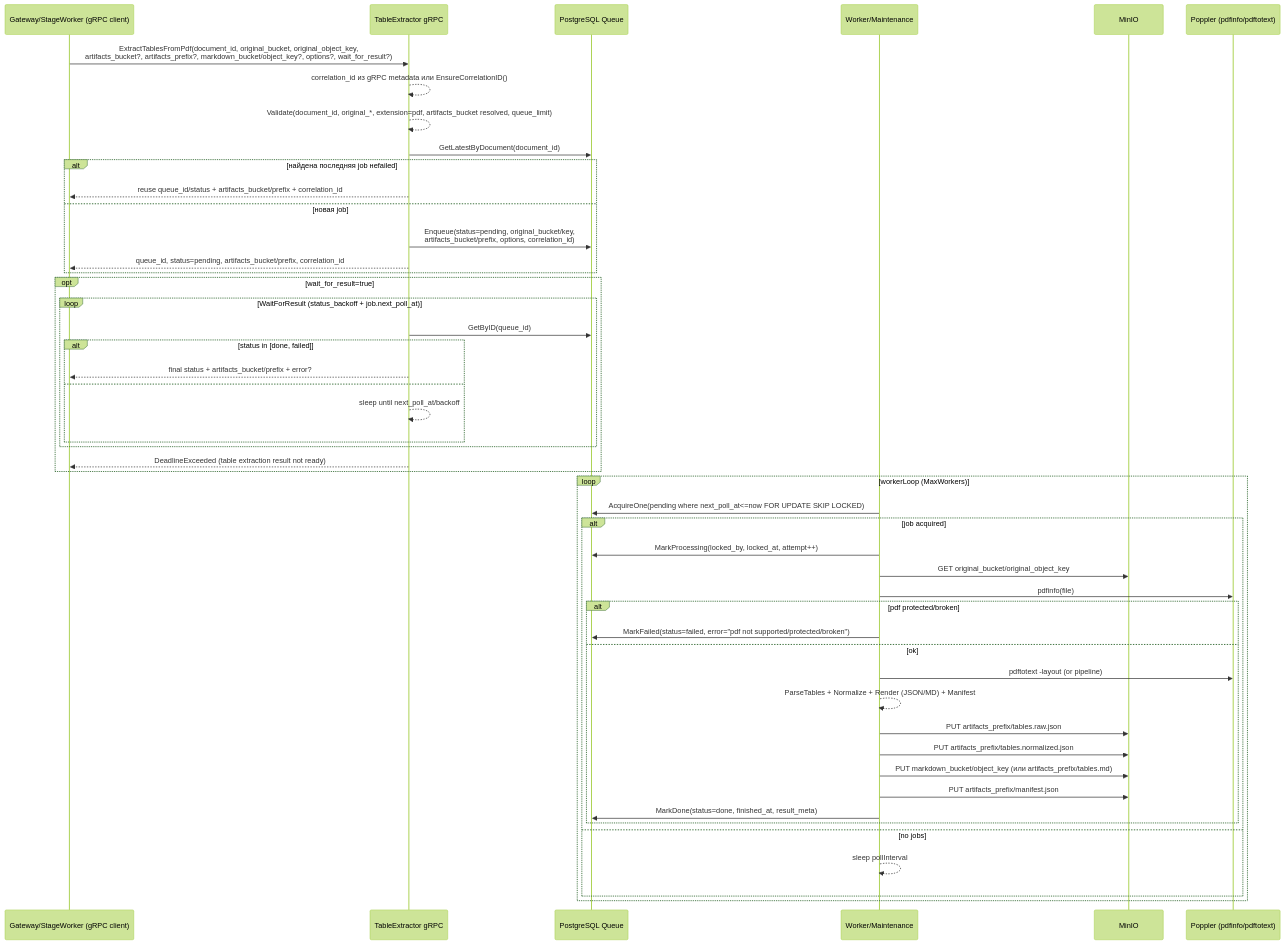
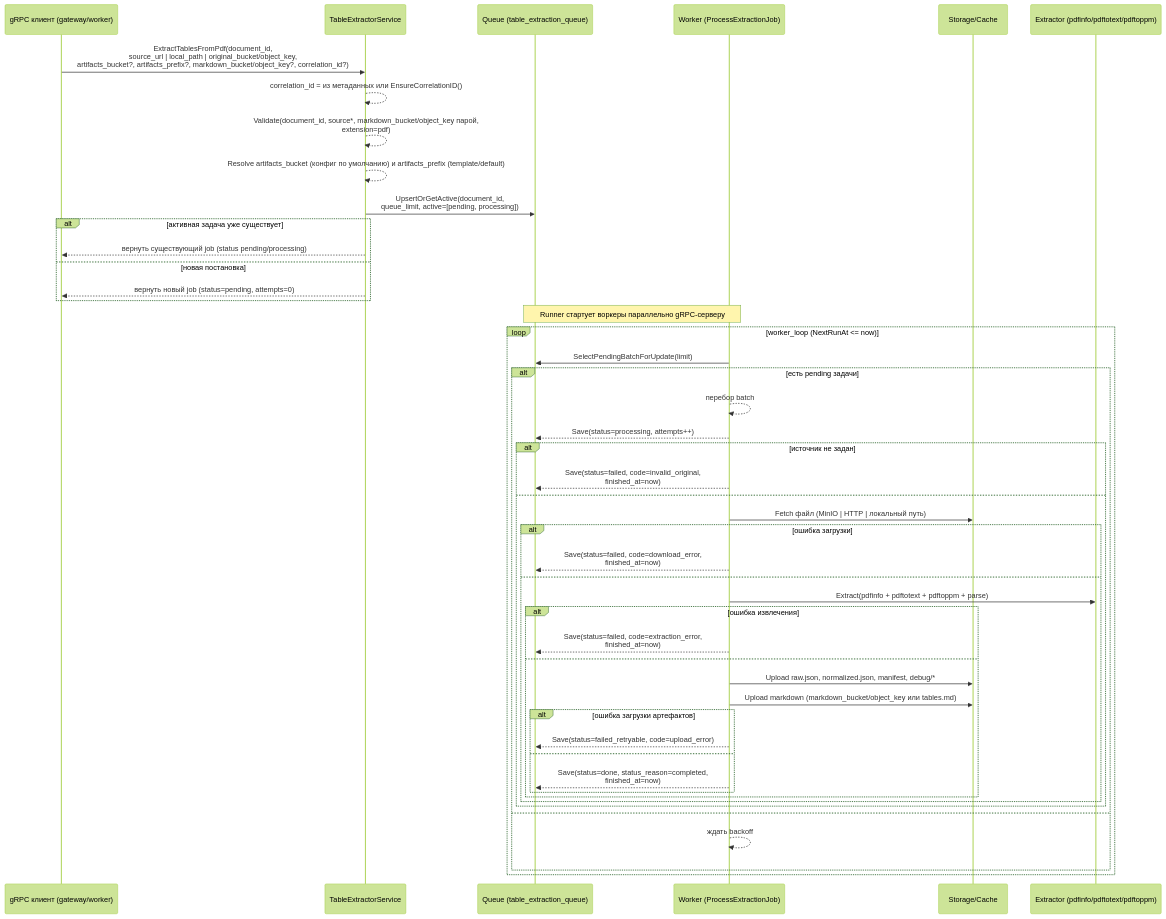
One commit to FedorovTeam/mono-repo changed the first of 4 diagrams in backend/table-extractor-service/sequence.md. Above: the diagram before and after it, drawn with Mermaid (forest theme). The commit also changed other lines of this file, not shown here.

Commit message:
Update table extractor sequence diagram

````diff
--- a/backend/table-extractor-service/sequence.md
+++ b/backend/table-extractor-service/sequence.md
@@ -9,54 +9,52 @@
 ```mermaid
 sequenceDiagram
-    participant CL as Gateway/StageWorker (gRPC client)
-    participant TE as TableExtractor gRPC
-    participant PG as PostgreSQL Queue
-    participant WK as Worker/Maintenance
-    participant MN as MinIO
-    participant PP as Poppler (pdfinfo/pdftotext)
+    participant CL as gRPC клиент (gateway/worker)
+    participant TE as TableExtractorService
+    participant PG as Queue (table_extraction_queue)
+    participant WK as Worker (ProcessExtractionJob)
+    participant ST as Storage/Cache
+    participant EX as Extractor (pdfinfo/pdftotext/pdftoppm)
 
-    CL->>TE: ExtractTablesFromPdf(document_id, original_bucket, original_object_key,<br/>artifacts_bucket?, artifacts_prefix?, markdown_bucket/object_key?, options?, wait_for_result?)
-    TE-->>TE: correlation_id из gRPC metadata или EnsureCorrelationID()
-    TE-->>TE: Validate(document_id, original_*, extension=pdf, artifacts_bucket resolved, queue_limit)
-    TE->>PG: GetLatestByDocument(document_id)
-    alt найдена последняя job неfailed
-        TE-->>CL: reuse queue_id/status + artifacts_bucket/prefix + correlation_id
-    else новая job
-        TE->>PG: Enqueue(status=pending, original_bucket/key,<br/>artifacts_bucket/prefix, options, correlation_id)
-        TE-->>CL: queue_id, status=pending, artifacts_bucket/prefix, correlation_id
+    CL->>TE: ExtractTablesFromPdf(document_id,<br/>source_url | local_path | original_bucket/object_key,<br/>artifacts_bucket?, artifacts_prefix?, markdown_bucket/object_key?, correlation_id?)
+    TE-->>TE: correlation_id = из метаданных или EnsureCorrelationID()
+    TE-->>TE: Validate(document_id, source*, markdown_bucket/object_key парой,<br/>extension=pdf)
+    TE-->>TE: Resolve artifacts_bucket (конфиг по умолчанию) и artifacts_prefix (template/default)
+    TE->>PG: UpsertOrGetActive(document_id,<br/>queue_limit, active=[pending, processing])
+    alt активная задача уже существует
+        TE-->>CL: вернуть существующий job (status pending/processing)
+    else новая постановка
+        TE-->>CL: вернуть новый job (status=pending, attempts=0)
     end
 
-    opt wait_for_result=true
-        loop WaitForResult (status_backoff + job.next_poll_at)
-            TE->>PG: GetByID(queue_id)
-            alt status in [done, failed]
-                TE-->>CL: final status + artifacts_bucket/prefix + error?
+    Note over WK,PG: Runner стартует воркеры параллельно gRPC-серверу
+    loop worker_loop (NextRunAt <= now)
+        WK->>PG: SelectPendingBatchForUpdate(limit)
+        alt есть pending задачи
+            WK-->>WK: перебор batch
+            WK-->>PG: Save(status=processing, attempts++)
+            alt источник не задан
+                WK-->>PG: Save(status=failed, code=invalid_original,<br/>finished_at=now)
             else
-                TE-->>TE: sleep until next_poll_at/backoff
+                WK->>ST: Fetch файл (MinIO | HTTP | локальный путь)
+                alt ошибка загрузки
+                    WK-->>PG: Save(status=failed, code=download_error,<br/>finished_at=now)
+                else
+                    WK->>EX: Extract(pdfinfo + pdftotext + pdftoppm + parse)
+                    alt ошибка извлечения
+                        WK-->>PG: Save(status=failed, code=extraction_error,<br/>finished_at=now)
+                    else
+                        WK->>ST: Upload raw.json, normalized.json, manifest, debug/*
+                        WK->>ST: Upload markdown (markdown_bucket/object_key или tables.md)
+                        alt ошибка загрузки артефактов
+                            WK-->>PG: Save(status=failed_retryable, code=upload_error)
+                        else
+                            WK-->>PG: Save(status=done, status_reason=completed,<br/>finished_at=now)
+                        end
+                    end
+                end
             end
-        end
-        TE-->>CL: DeadlineExceeded (table extraction result not ready)
-    end
-
-    loop workerLoop (MaxWorkers)
-        WK->>PG: AcquireOne(pending where next_poll_at<=now FOR UPDATE SKIP LOCKED)
-        alt job acquired
-            WK->>PG: MarkProcessing(locked_by, locked_at, attempt++)
-            WK->>MN: GET original_bucket/original_object_key
-            WK->>PP: pdfinfo(file)
-            alt pdf protected/broken
-                WK->>PG: MarkFailed(status=failed, error="pdf not supported/protected/broken")
-            else ok
-                WK->>PP: pdftotext -layout (or pipeline)
-                WK-->>WK: ParseTables + Normalize + Render (JSON/MD) + Manifest
-                WK->>MN: PUT artifacts_prefix/tables.raw.json
-                WK->>MN: PUT artifacts_prefix/tables.normalized.json
-                WK->>MN: PUT markdown_bucket/object_key (или artifacts_prefix/tables.md)
-                WK->>MN: PUT artifacts_prefix/manifest.json
-                WK->>PG: MarkDone(status=done, finished_at, result_meta)
-            end
-        else no jobs
-            WK-->>WK: sleep pollInterval
+        else
+            WK-->>WK: ждать backoff
         end
     end
 ```
````
